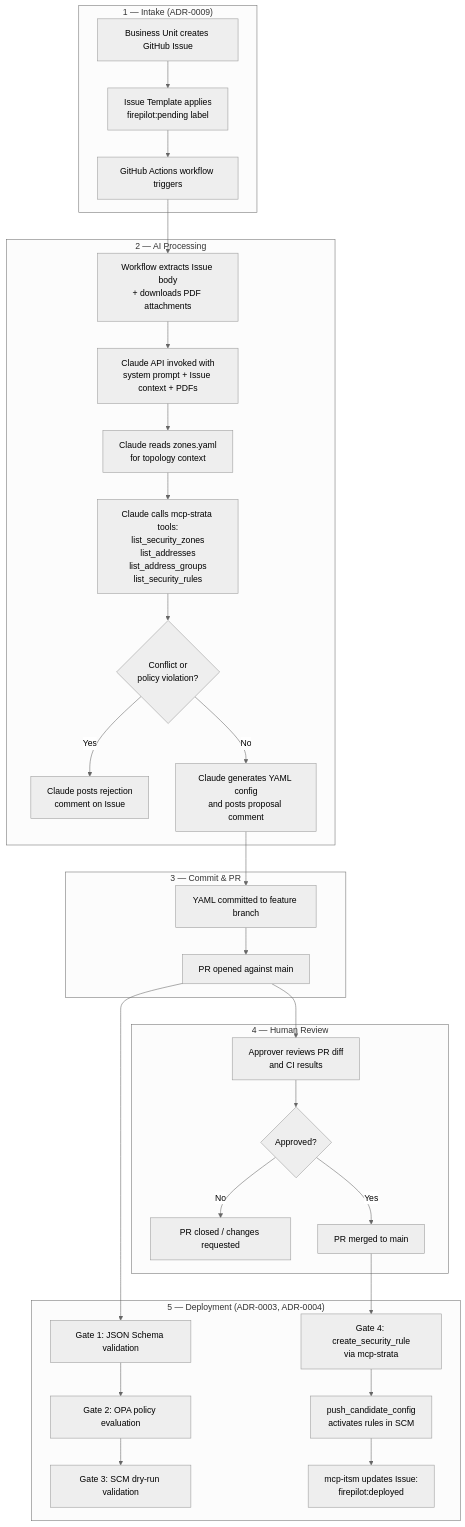
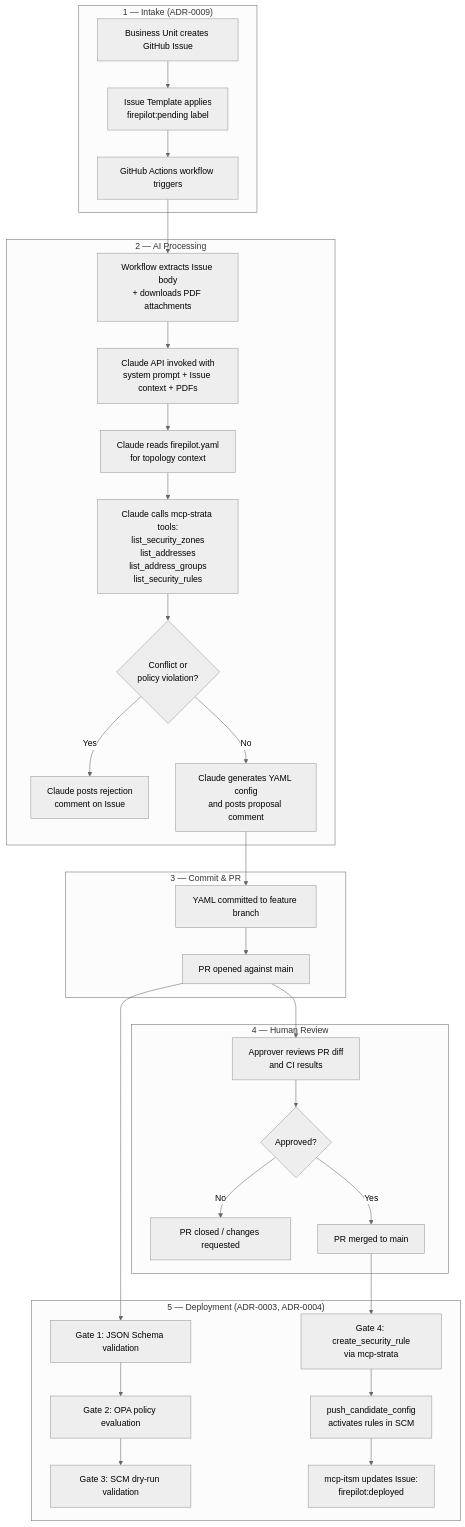
One commit to t11z/firepilot changed the third of 7 diagrams in docs/architecture.md. Above: the diagram before and after it, drawn with Mermaid (neutral theme). The commit also changed other lines of this file and 20 other files, not shown here.

First line of the commit message:
feat(config): add firepilot.yaml, extend SCM zones with PigeonTrack zones

````diff
--- a/docs/architecture.md
+++ b/docs/architecture.md
@@ -116,38 +116,38 @@
 ```mermaid
 flowchart TD
     subgraph Intake ["1 — Intake (ADR-0009)"]
         A[Business Unit creates GitHub Issue] --> B[Issue Template applies<br>firepilot:pending label]
         B --> C[GitHub Actions workflow triggers]
     end
 
     subgraph Processing ["2 — AI Processing"]
         C --> D[Workflow extracts Issue body<br>+ downloads PDF attachments]
         D --> E[Claude API invoked with<br>system prompt + Issue context + PDFs]
-        E --> F[Claude reads zones.yaml<br>for topology context]
+        E --> F[Claude reads firepilot.yaml<br>for topology context]
         F --> G[Claude calls mcp-strata tools:<br>list_security_zones<br>list_addresses<br>list_address_groups<br>list_security_rules]
         G --> H{Conflict or<br>policy violation?}
         H -- Yes --> I[Claude posts rejection<br>comment on Issue]
         H -- No --> J[Claude generates YAML config<br>and posts proposal comment]
     end
 
     subgraph Commit ["3 — Commit & PR"]
         J --> O[YAML committed to feature branch]
         O --> P[PR opened against main]
     end
 
     subgraph Approval ["4 — Human Review"]
         P --> K[Approver reviews PR diff<br>and CI results]
         K --> L{Approved?}
         L -- No --> M[PR closed / changes requested]
         L -- Yes --> T[PR merged to main]
     end
 
     subgraph Deployment ["5 — Deployment (ADR-0003, ADR-0004)"]
         P --> Q[Gate 1: JSON Schema validation]
         Q --> R[Gate 2: OPA policy evaluation]
         R --> S[Gate 3: SCM dry-run validation]
         T --> U[Gate 4: create_security_rule<br>via mcp-strata]
         U --> V[push_candidate_config<br>activates rules in SCM]
         V --> W[mcp-itsm updates Issue:<br>firepilot:deployed]
     end
 ```
````
